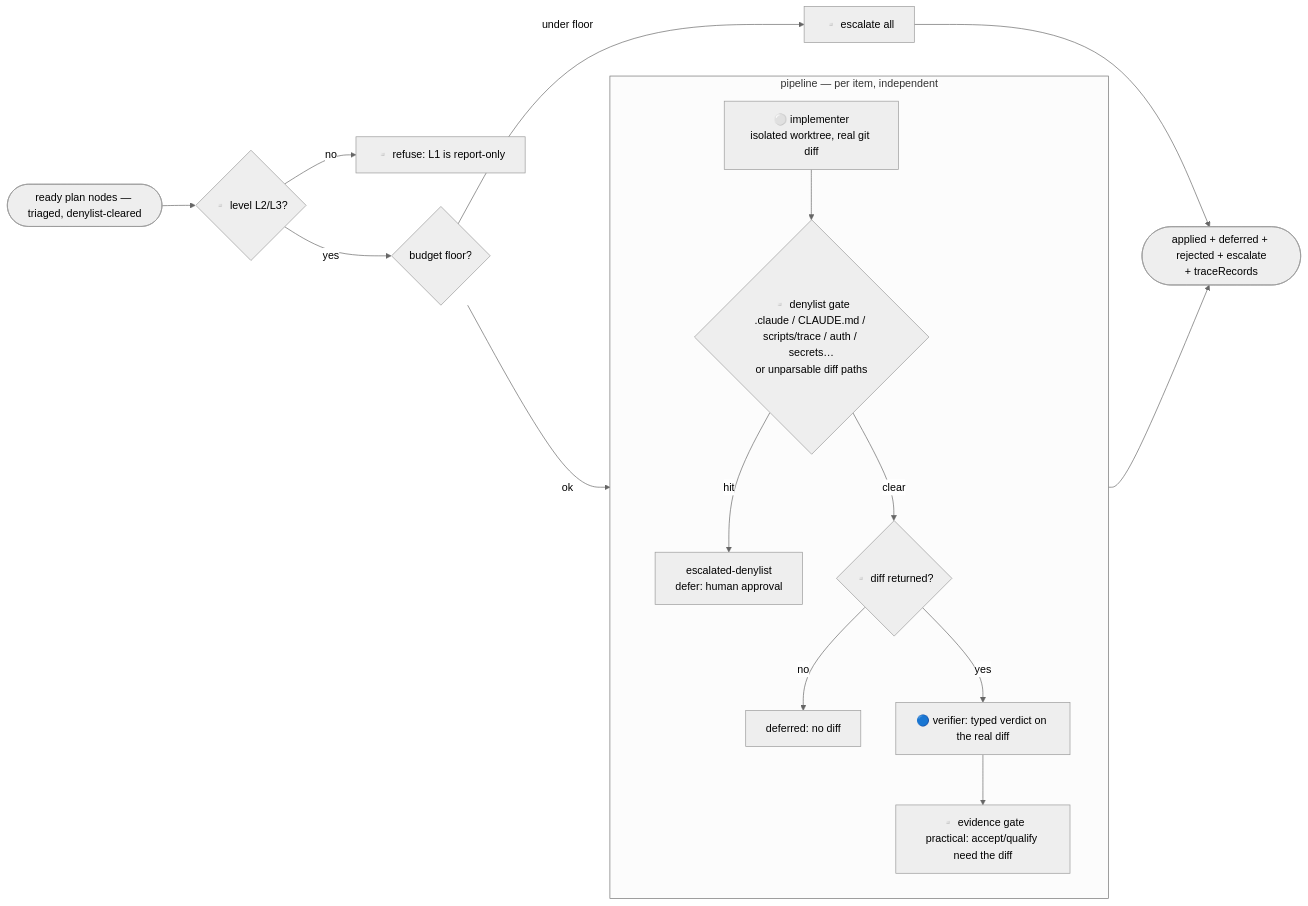
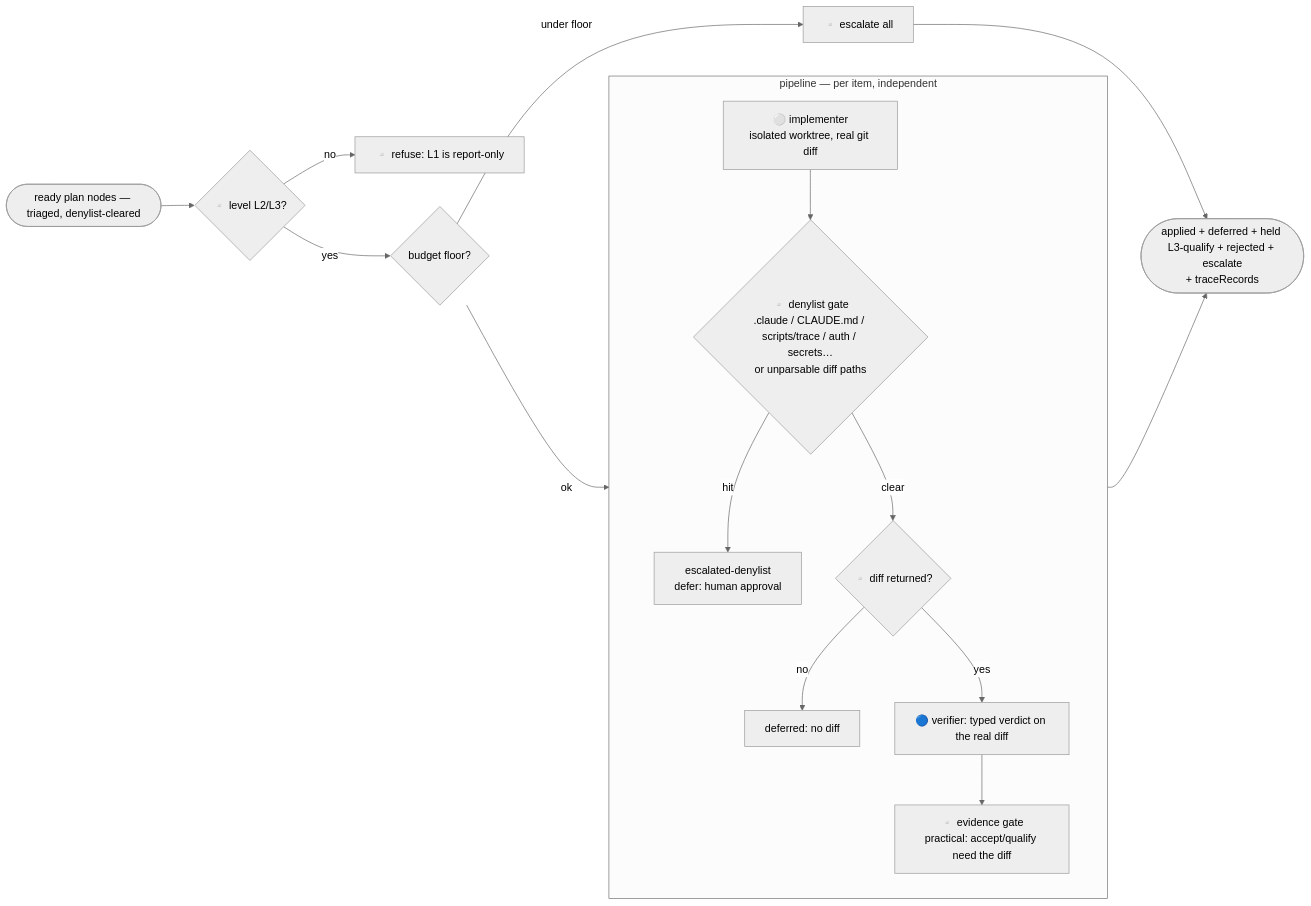
One commit to dominno/loop-setup changed the sixth of 7 diagrams in docs/workflow-graphs.md. Above: the diagram before and after it, drawn with Mermaid (neutral theme). The commit also changed 16 other files, not shown here.

````diff
--- a/docs/workflow-graphs.md
+++ b/docs/workflow-graphs.md
@@ -134,18 +134,18 @@
 ```mermaid
 flowchart LR
   items([ready plan nodes — triaged, denylist-cleared]) --> lvl{▫️ level L2/L3?}
   lvl -- no --> err[▫️ refuse: L1 is report-only]
   lvl -- yes --> budget{budget floor?}
   budget -- "under floor" --> esc0[▫️ escalate all]
   budget -- ok --> P
   subgraph P["pipeline — per item, independent"]
     impl[⚪ implementer<br/>isolated worktree, real git diff] --> dl{▫️ denylist gate<br/>.claude / CLAUDE.md / scripts/trace / auth / secrets…<br/>or unparsable diff paths}
     dl -- hit --> escd[escalated-denylist<br/>defer: human approval]
     dl -- clear --> nd{▫️ diff returned?}
     nd -- no --> dfr[deferred: no diff]
     nd -- yes --> ver[🔵 verifier: typed verdict on the real diff]
     ver --> eg[▫️ evidence gate<br/>practical: accept/qualify need the diff]
   end
-  P --> out([applied + deferred + rejected + escalate<br/>+ traceRecords])
+  P --> out([applied + deferred + held L3-qualify + rejected + escalate<br/>+ traceRecords])
   esc0 --> out
 ```
````
